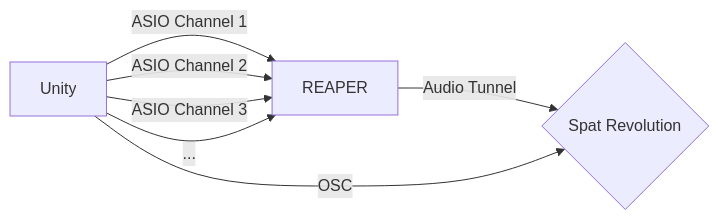
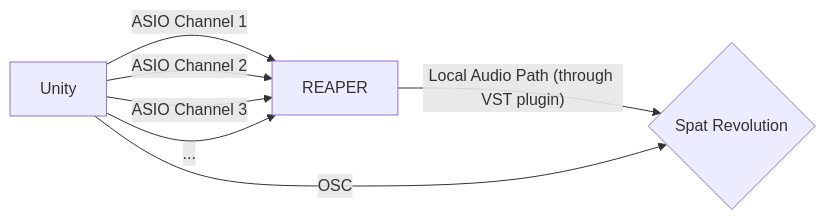
The diagram in README.md (liris-xr/AsioAudioUnity), drawn with Mermaid before and after one commit. The commit also changed other lines of this file and 2 other files, not shown here.

````diff
--- a/README.md
+++ b/README.md
@@ -23,9 +24,9 @@
 ```mermaid
 graph LR
 A[Unity] -- ASIO Channel 1 --> B[REAPER]
 A -- ASIO Channel 2 --> B
 A -- ASIO Channel 3 --> B
 A -- ... --> B
-B -- Audio Tunnel --> C{Spat Revolution}
+B -- Local Audio Path (through VST plugin) --> C{Spat Revolution}
 A -- OSC --> C
 ```
````
